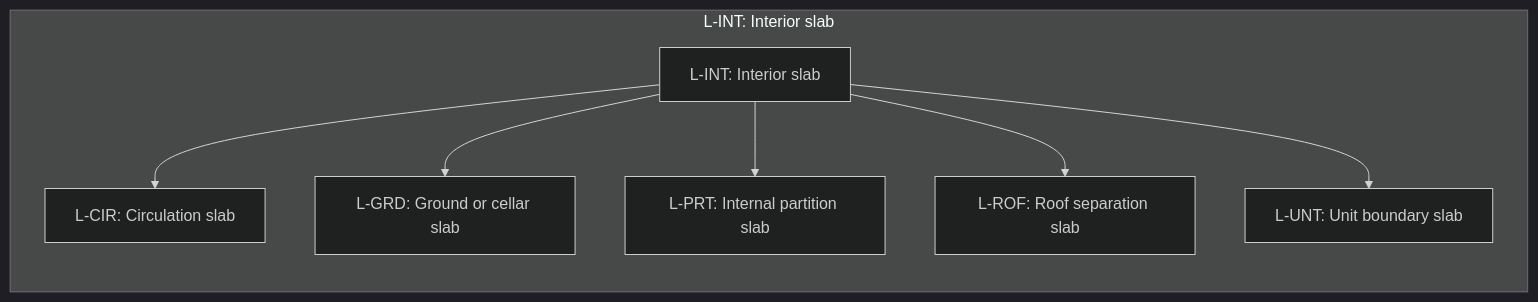
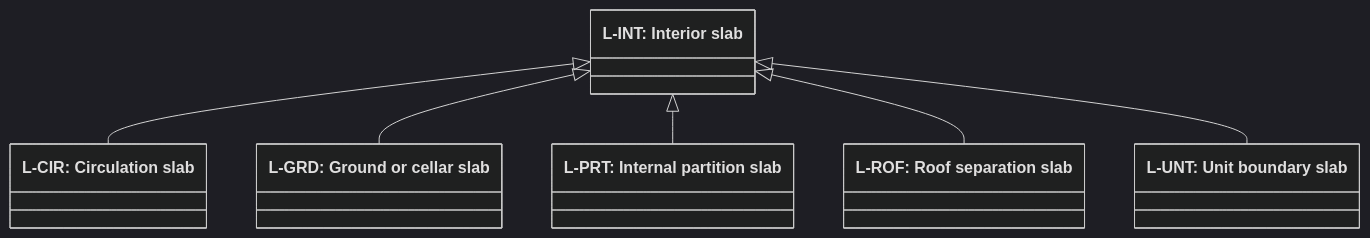
Before and after one commit to simondilhas/pragmatic-bim-data-contract: the diagram in site/.md-src/classification/separator-slab-role.md, drawn with Mermaid (dark theme). The commit also changed 354 other files, not shown here.

````diff
--- a/site/.md-src/classification/separator-slab-role.md
+++ b/site/.md-src/classification/separator-slab-role.md
@@ -15,11 +15,15 @@
 ```mermaid
-flowchart TD
-  subgraph root_L_INT ["L-INT: Interior slab"]
-    direction TB
-    n_L_INT["L-INT: Interior slab"] --> n_L_CIR["L-CIR: Circulation slab"]
-    n_L_INT["L-INT: Interior slab"] --> n_L_GRD["L-GRD: Ground or cellar slab"]
-    n_L_INT["L-INT: Interior slab"] --> n_L_PRT["L-PRT: Internal partition slab"]
-    n_L_INT["L-INT: Interior slab"] --> n_L_ROF["L-ROF: Roof separation slab"]
-    n_L_INT["L-INT: Interior slab"] --> n_L_UNT["L-UNT: Unit boundary slab"]
-  end
+classDiagram
+direction TB
+class n_L_CIR["L-CIR: Circulation slab"]
+class n_L_GRD["L-GRD: Ground or cellar slab"]
+class n_L_INT["L-INT: Interior slab"]
+class n_L_PRT["L-PRT: Internal partition slab"]
+class n_L_ROF["L-ROF: Roof separation slab"]
+class n_L_UNT["L-UNT: Unit boundary slab"]
+n_L_INT <|-- n_L_CIR
+n_L_INT <|-- n_L_GRD
+n_L_INT <|-- n_L_PRT
+n_L_INT <|-- n_L_ROF
+n_L_INT <|-- n_L_UNT
 ```
````
